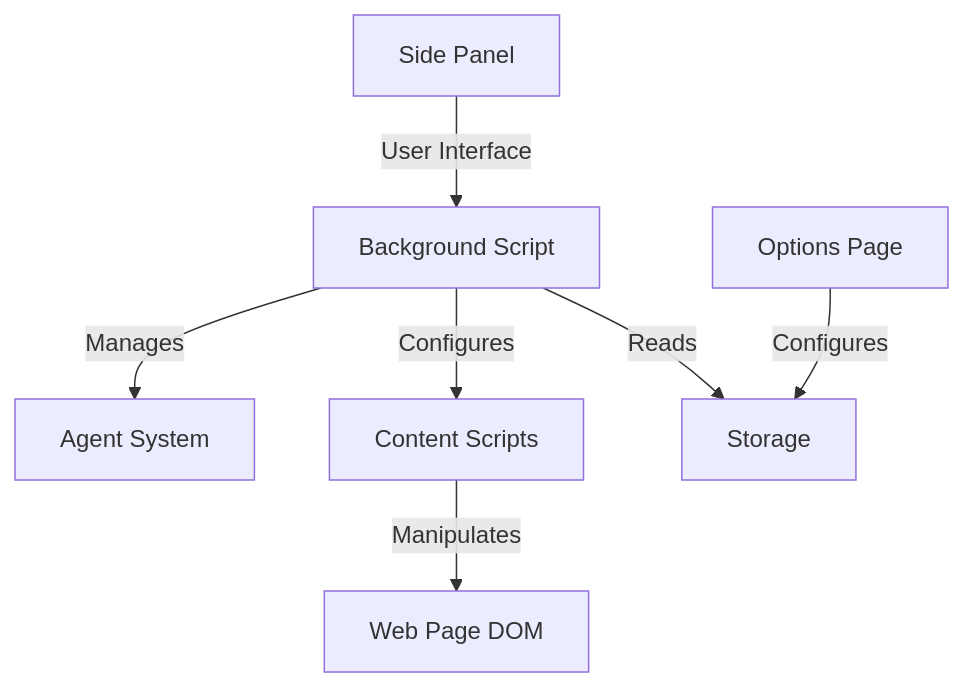
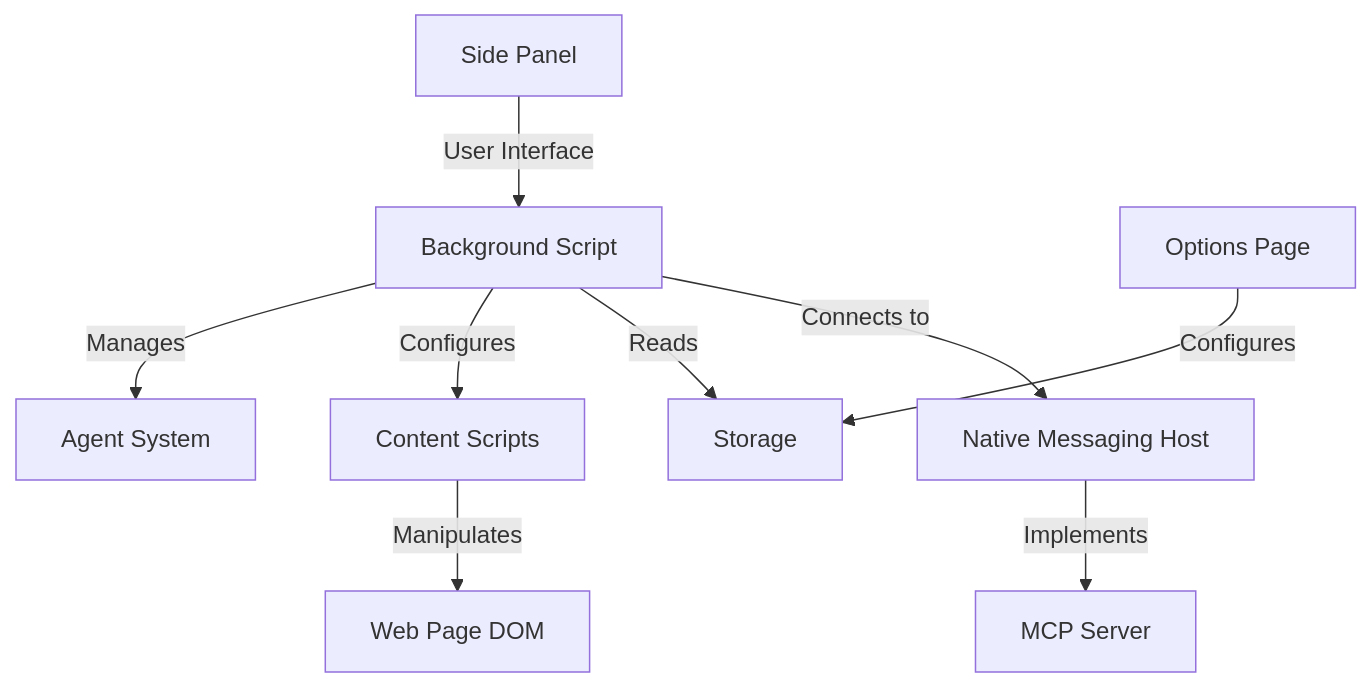
One commit to nanobrowser/nanobrowser changed the third of 7 diagrams in memory-bank/systemPatterns.md. Above: the diagram before and after it, drawn with Mermaid. The commit also changed other lines of this file and 6 other files, not shown here.

Commit message:
feat: add mcp host doc

````diff
--- a/memory-bank/systemPatterns.md
+++ b/memory-bank/systemPatterns.md
@@ -103,9 +137,11 @@
 ```mermaid
 graph TD
     Background[Background Script] --> |Manages| Agents[Agent System]
     Background --> |Configures| ContentScripts[Content Scripts]
     ContentScripts --> |Manipulates| WebPage[Web Page DOM]
     SidePanel[Side Panel] --> |User Interface| Background
     OptionsPage[Options Page] --> |Configures| Storage[Storage]
     Background --> |Reads| Storage
+    Background --> |Connects to| NativeMessaging[Native Messaging Host]
+    NativeMessaging --> |Implements| McpServer[MCP Server]
 ```
````
